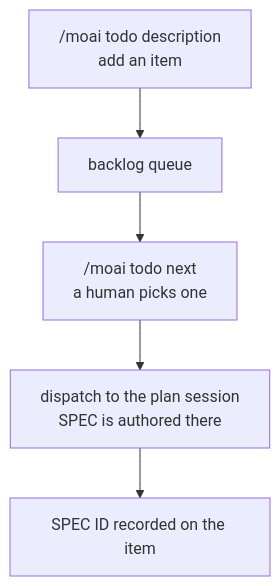
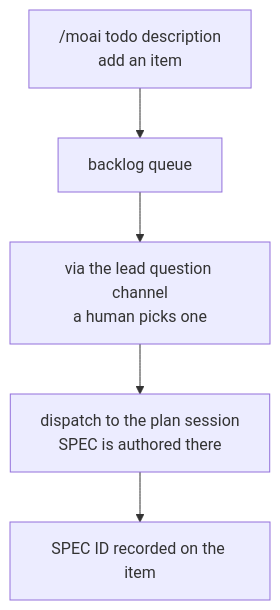
The diagram in docs-site/content/en/utility-commands/moai-todo.md (modu-ai/moai-adk), drawn with Mermaid before and after one commit. The commit also changed other lines of this file and 8 other files, not shown here.

````diff
--- a/docs-site/content/en/utility-commands/moai-todo.md
+++ b/docs-site/content/en/utility-commands/moai-todo.md
@@ -27,7 +27,7 @@
 ```mermaid
 flowchart TD
     Add["/moai todo description<br/>add an item"] --> Queue["backlog queue"]
-    Queue --> Pick["/moai todo next<br/>a human picks one"]
+    Queue --> Pick["via the lead question channel<br/>a human picks one"]
     Pick --> Plan["dispatch to the plan session<br/>SPEC is authored there"]
     Plan --> Spec["SPEC ID recorded on the item"]
 ```
````
